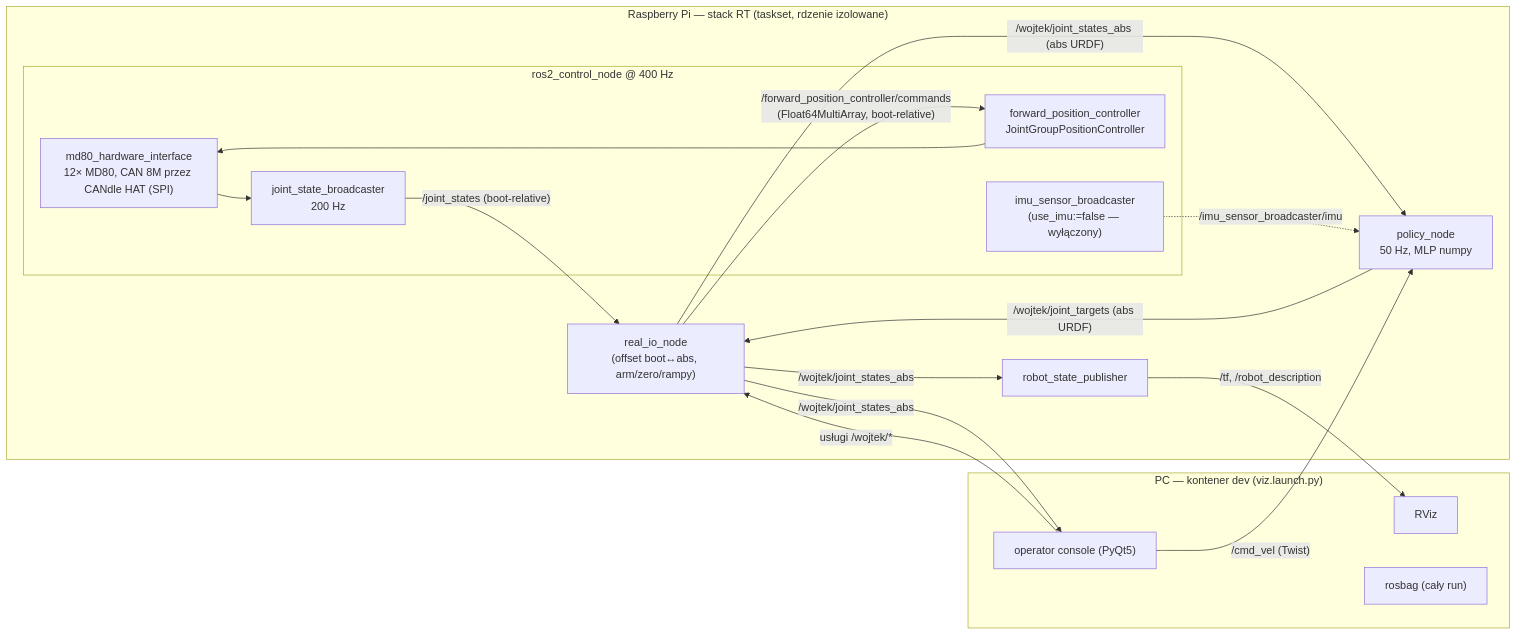
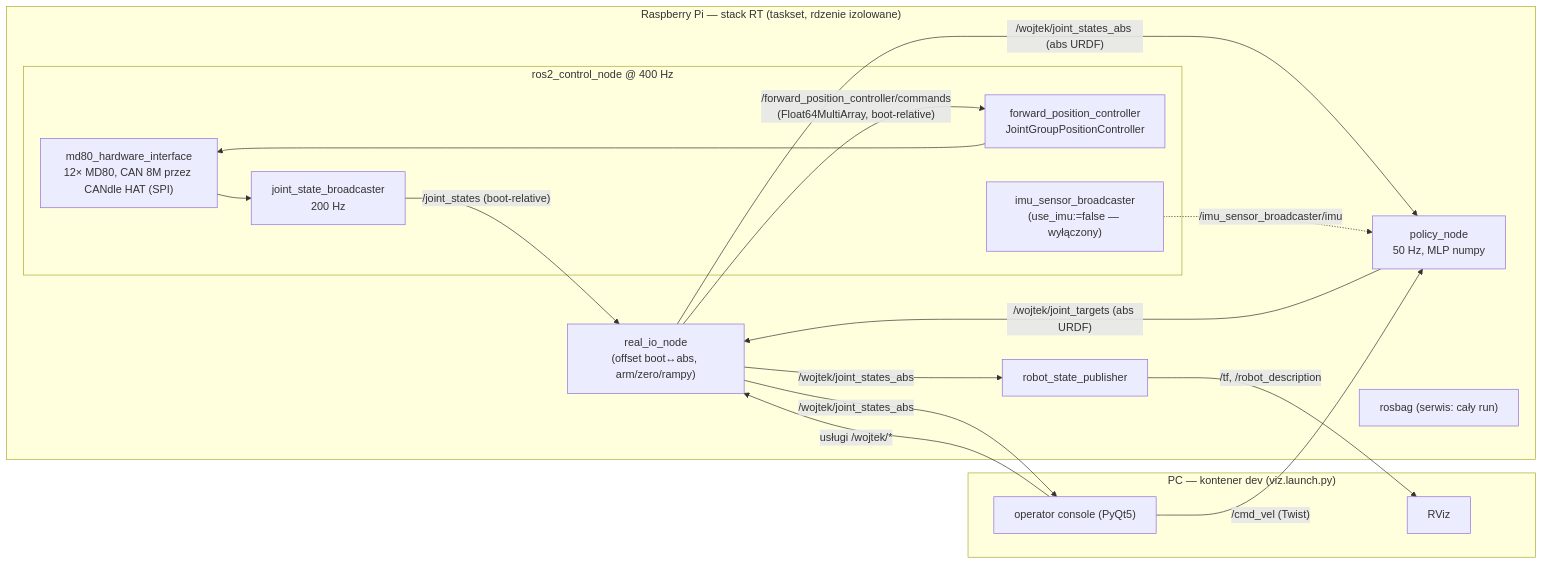
Before and after one commit to machinekind/w01-tek: the first of 2 diagrams in docs/ros-architecture.md, drawn with Mermaid. The commit also changed other lines of this file and 4 other files, not shown here.

````diff
--- a/docs/ros-architecture.md
+++ b/docs/ros-architecture.md
@@ -15,32 +15,32 @@
 ```mermaid
 flowchart LR
     subgraph RPI["Raspberry Pi — stack RT (taskset, rdzenie izolowane)"]
         subgraph R2C["ros2_control_node @ 400 Hz"]
             MD80["md80_hardware_interface\n12× MD80, CAN 8M przez CANdle HAT (SPI)"]
             JSB["joint_state_broadcaster\n200 Hz"]
             FPC["forward_position_controller\nJointGroupPositionController"]
             IMUB["imu_sensor_broadcaster\n(use_imu:=false — wyłączony)"]
         end
         RIO["real_io_node\n(offset boot↔abs, arm/zero/rampy)"]
         POL["policy_node\n50 Hz, MLP numpy"]
         RSP["robot_state_publisher"]
+        BAG["rosbag (serwis: cały run)"]
     end
     subgraph PC["PC — kontener dev (viz.launch.py)"]
         RVIZ["RViz"]
         CON["operator console (PyQt5)"]
-        BAG["rosbag (cały run)"]
     end
 
     MD80 --> JSB
     JSB -- "/joint_states (boot-relative)" --> RIO
     RIO -- "/wojtek/joint_states_abs (abs URDF)" --> POL
     RIO -- "/wojtek/joint_states_abs" --> RSP
     IMUB -. "/imu_sensor_broadcaster/imu" .-> POL
     POL -- "/wojtek/joint_targets (abs URDF)" --> RIO
     RIO -- "/forward_position_controller/commands\n(Float64MultiArray, boot-relative)" --> FPC
     FPC --> MD80
     CON -- "/cmd_vel (Twist)" --> POL
     CON -- "usługi /wojtek/*" --> RIO
     RSP -- "/tf, /robot_description" --> RVIZ
     RIO -- "/wojtek/joint_states_abs" --> CON
 ```
````
